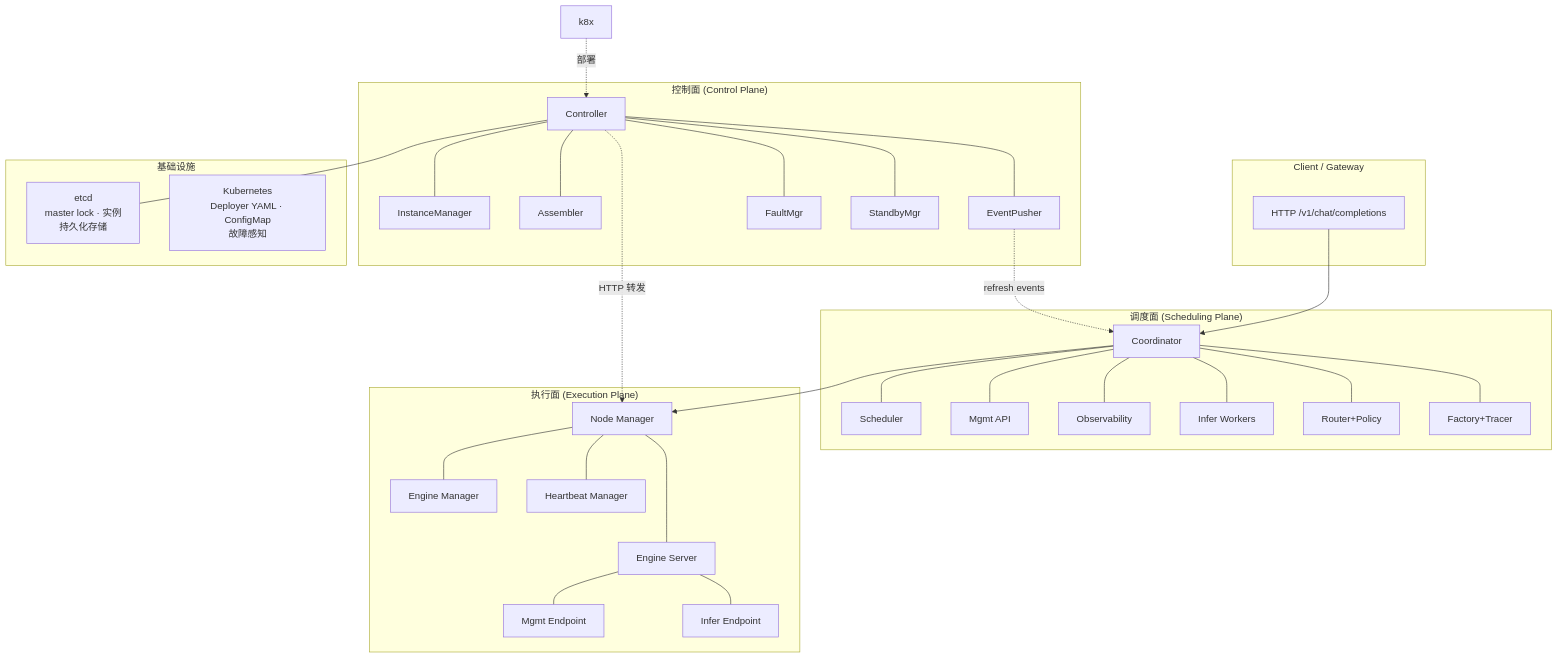
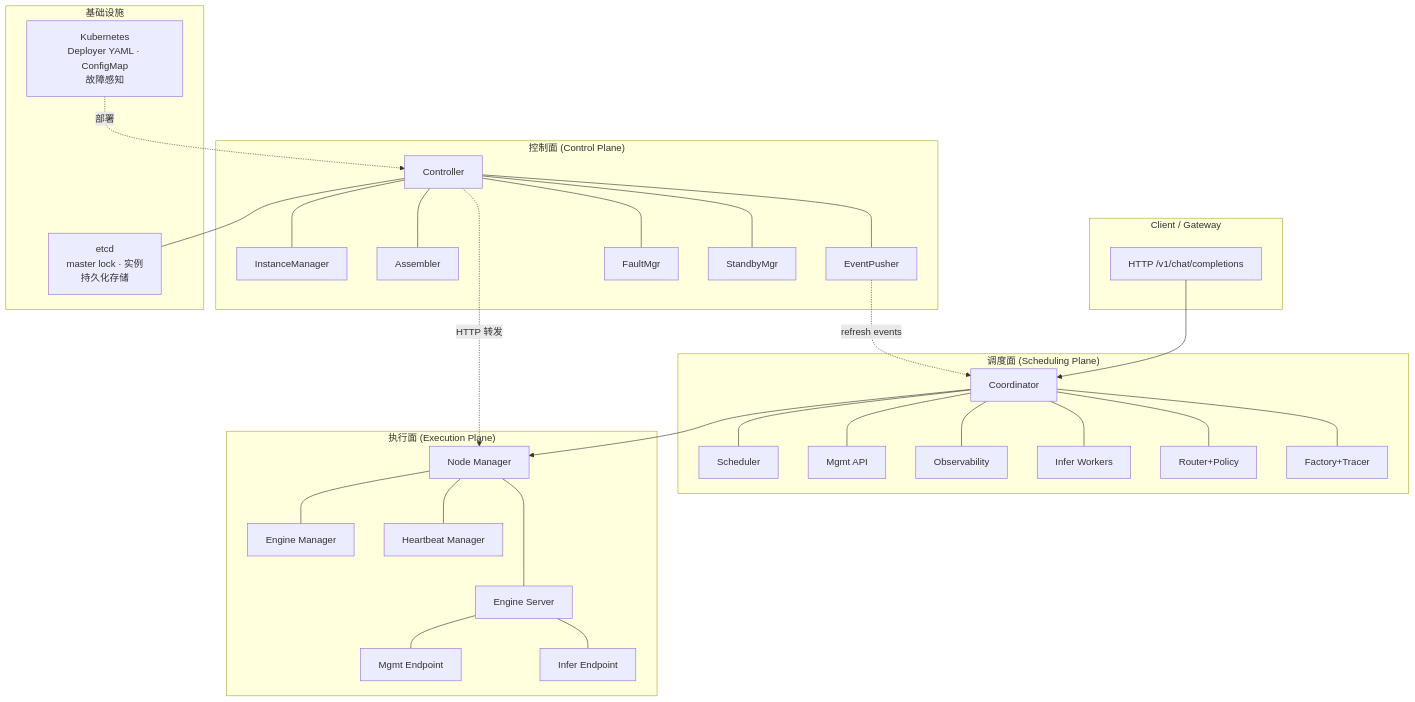
Before and after one commit to Lyr-GW/interview-docs: the first of 3 diagrams in docs/topics/pymotor-architecture.md, drawn with Mermaid. The commit also changed other lines of this file and 19 other files, not shown here.

````diff
--- a/docs/topics/pymotor-architecture.md
+++ b/docs/topics/pymotor-architecture.md
@@ -95,47 +21,42 @@
 ```mermaid
 flowchart TB
     subgraph Client["Client / Gateway"]
         C[HTTP /v1/chat/completions]
     end
-
     subgraph SP["调度面 (Scheduling Plane)"]
         CO[Coordinator]
         CO --- Sched[Scheduler]
         CO --- Mgmt[Mgmt API]
         CO --- Obs[Observability]
         CO --- IW[Infer Workers]
         CO --- Router[Router+Policy]
         CO --- FT[Factory+Tracer]
     end
-
     subgraph CP["控制面 (Control Plane)"]
         CTRL[Controller]
         CTRL --- IM[InstanceManager]
         CTRL --- AS[Assembler]
         CTRL --- EP[EventPusher]
         CTRL --- FM[FaultMgr]
         CTRL --- SM[StandbyMgr]
     end
-
     subgraph EX["执行面 (Execution Plane)"]
         NM[Node Manager]
         NM --- EngMgr[Engine Manager]
         NM --- HBMgr[Heartbeat Manager]
         ES[Engine Server]
         ES --- MgtE[Mgmt Endpoint]
         ES --- InfE[Infer Endpoint]
         NM ---- ES
     end
-
     subgraph INFRA["基础设施"]
         etcd[etcd\nmaster lock · 实例\n持久化存储]
         k8s[Kubernetes\nDeployer YAML · ConfigMap\n故障感知]
     end
-
     C --> CO
     EP -.->|refresh events| CO
     CTRL -.->|HTTP 转发| NM
     CO --> NM
     CTRL --- etcd
-    k8x -.->|部署| CTRL
+    k8s -.->|部署| CTRL
 ```
````
